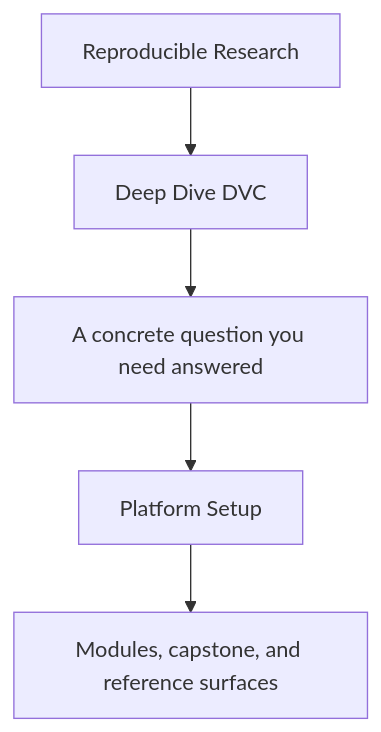
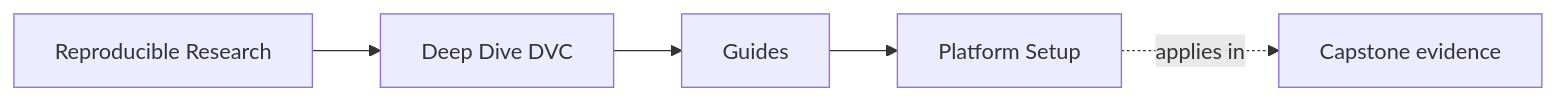
One commit to bijux/bijux-masterclass changed the first of 2 diagrams in programs/reproducible-research/deep-dive-dvc/course-book/guides/platform-setup.md. Above: the diagram before and after it, drawn with Mermaid. The commit also changed other lines of this file and 55 other files, not shown here.

Commit message:
docs(deep-dive-dvc): map reproducibility and pipeline foundations

````diff
--- a/programs/reproducible-research/deep-dive-dvc/course-book/guides/platform-setup.md
+++ b/programs/reproducible-research/deep-dive-dvc/course-book/guides/platform-setup.md
@@ -7,7 +7,11 @@
 ```mermaid
-flowchart TD
-  family["Reproducible Research"] --> program["Deep Dive DVC"]
-  program --> pressure["A concrete question you need answered"]
-  pressure --> guide["Platform Setup"]
-  guide --> next["Modules, capstone, and reference surfaces"]
+graph LR
+  family["Reproducible Research"]
+  program["Deep Dive DVC"]
+  section["Guides"]
+  page["Platform Setup"]
+  capstone["Capstone evidence"]
+
+  family --> program --> section --> page
+  page -.applies in.-> capstone
 ```
````
